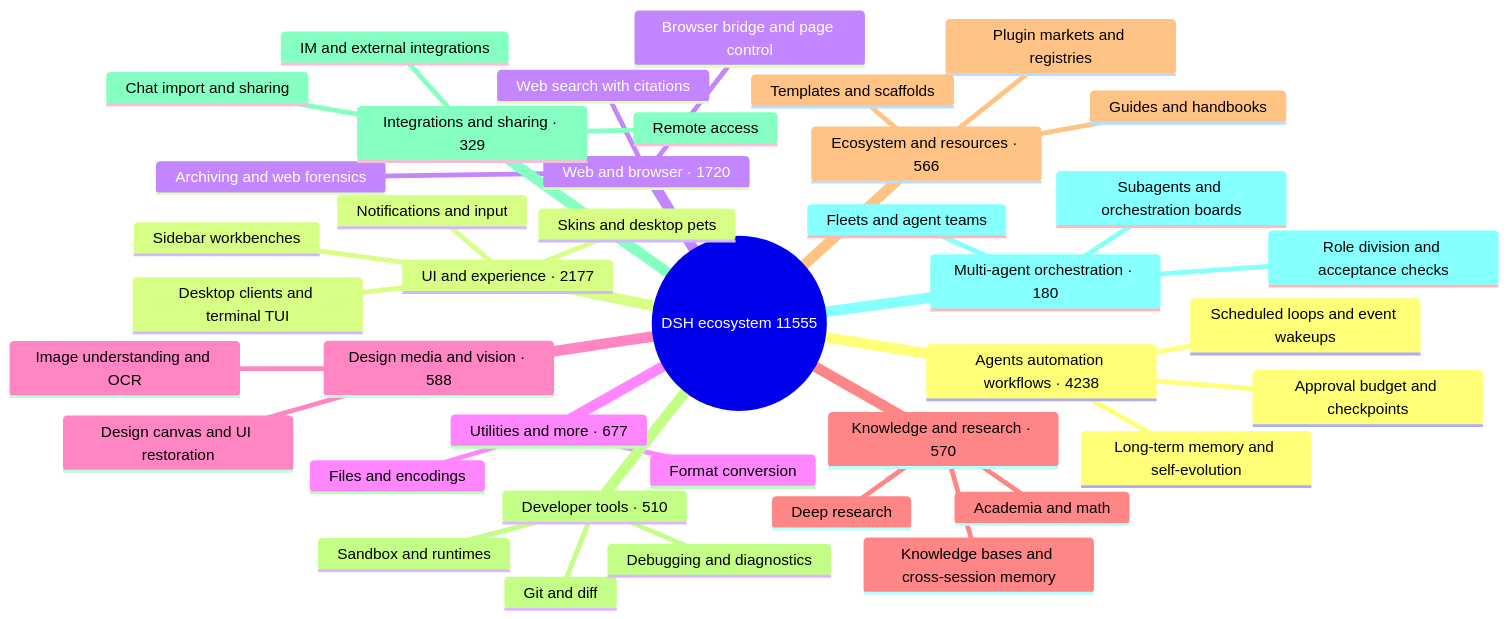
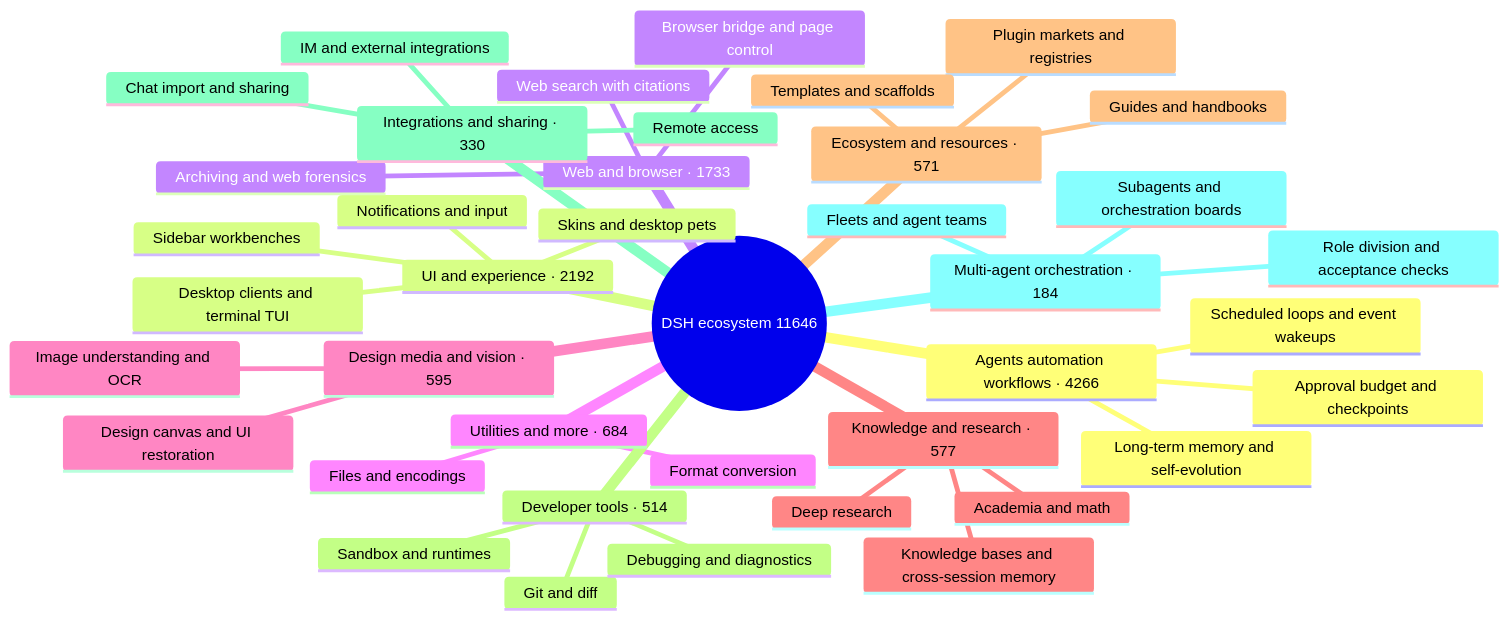
One commit to bruc3van/awesome-dsh-plugin changed the diagram in README_EN.md. Above: the diagram before and after it, drawn with Mermaid. The commit also changed other lines of this file and 21 other files, not shown here.

````diff
--- a/README_EN.md
+++ b/README_EN.md
@@ -33,43 +33,43 @@
 ```mermaid
 mindmap
-  root((DSH ecosystem 11555))
-    Agents automation workflows · 4238
+  root((DSH ecosystem 11646))
+    Agents automation workflows · 4266
       Scheduled loops and event wakeups
       Long-term memory and self-evolution
       Approval budget and checkpoints
-    UI and experience · 2177
+    UI and experience · 2192
       Desktop clients and terminal TUI
       Sidebar workbenches
       Skins and desktop pets
       Notifications and input
-    Web and browser · 1720
+    Web and browser · 1733
       Browser bridge and page control
       Web search with citations
       Archiving and web forensics
-    Utilities and more · 677
+    Utilities and more · 684
       Files and encodings
       Format conversion
-    Design media and vision · 588
+    Design media and vision · 595
       Image understanding and OCR
       Design canvas and UI restoration
-    Knowledge and research · 570
+    Knowledge and research · 577
       Knowledge bases and cross-session memory
       Deep research
       Academia and math
-    Ecosystem and resources · 566
+    Ecosystem and resources · 571
       Plugin markets and registries
       Templates and scaffolds
       Guides and handbooks
-    Developer tools · 510
+    Developer tools · 514
       Git and diff
       Sandbox and runtimes
       Debugging and diagnostics
-    Integrations and sharing · 329
+    Integrations and sharing · 330
       Chat import and sharing
       Remote access
       IM and external integrations
-    Multi-agent orchestration · 180
+    Multi-agent orchestration · 184
       Subagents and orchestration boards
       Fleets and agent teams
       Role division and acceptance checks
 ```
````
